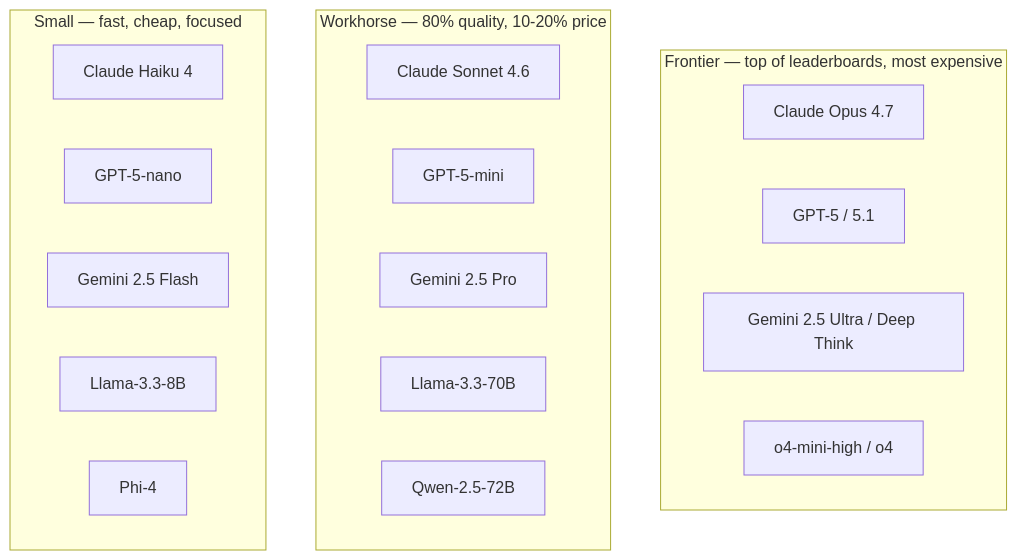
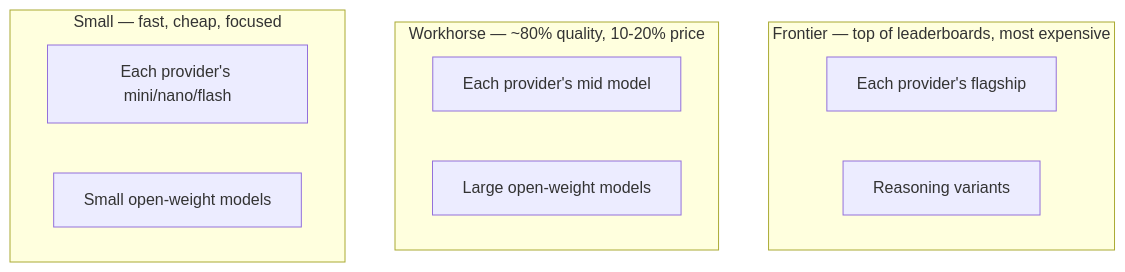
The first of 2 diagrams in docs/01-foundations/model-families.md (tonyx1998/modern-ai-guide), drawn with Mermaid before and after one commit. The commit also changed other lines of this file and 273 other files, not shown here.

````diff
--- a/docs/01-foundations/model-families.md
+++ b/docs/01-foundations/model-families.md
@@ -18,23 +22,15 @@
 ```mermaid
 flowchart TB
     subgraph Frontier["Frontier — top of leaderboards, most expensive"]
-        F1[Claude Opus 4.7]
-        F2[GPT-5 / 5.1]
-        F3[Gemini 2.5 Ultra / Deep Think]
-        F4[o4-mini-high / o4]
+        F1[Each provider's flagship]
+        F2[Reasoning variants]
     end
-    subgraph Workhorse["Workhorse — 80% quality, 10-20% price"]
-        W1[Claude Sonnet 4.6]
-        W2[GPT-5-mini]
-        W3[Gemini 2.5 Pro]
-        W4[Llama-3.3-70B]
-        W5[Qwen-2.5-72B]
+    subgraph Workhorse["Workhorse — ~80% quality, 10-20% price"]
+        W1[Each provider's mid model]
+        W2[Large open-weight models]
     end
     subgraph Small["Small — fast, cheap, focused"]
-        S1[Claude Haiku 4]
-        S2[GPT-5-nano]
-        S3[Gemini 2.5 Flash]
-        S4[Llama-3.3-8B]
-        S5[Phi-4]
+        S1[Each provider's mini/nano/flash]
+        S2[Small open-weight models]
     end
 ```
````
